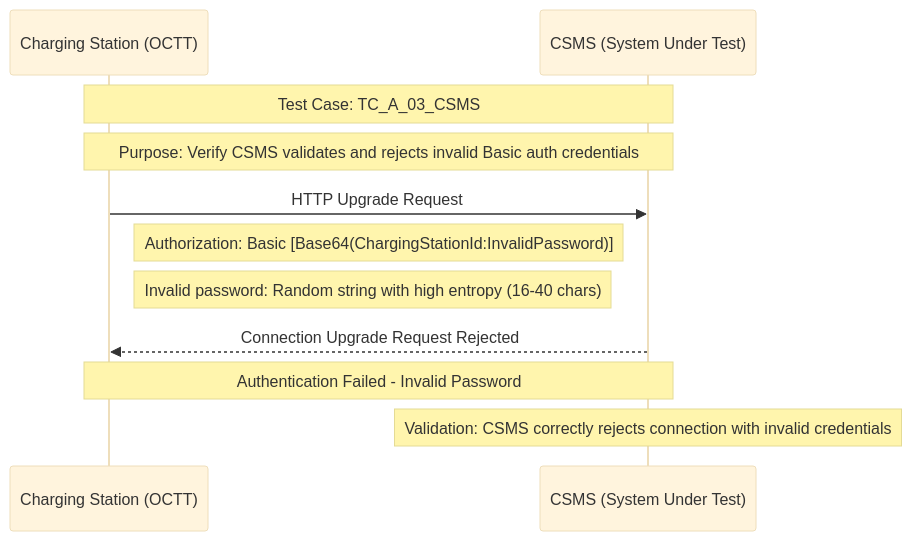
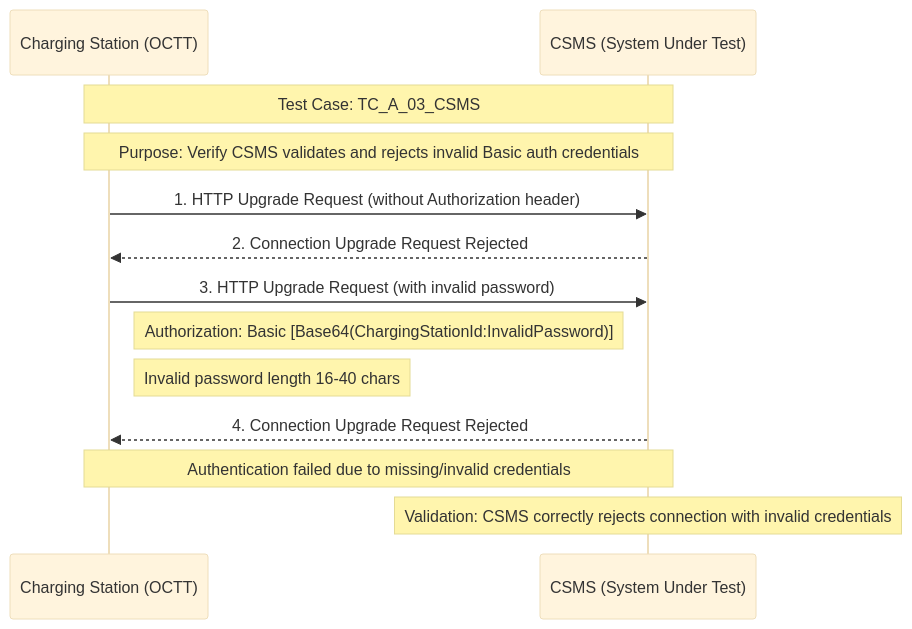
The diagram in A/test_tc_a_03_csms.mermaid (AviranAbady/tzi-OCTT), drawn with Mermaid (base theme) before and after one commit. The commit also changed 547 other files, not shown here.

```diff
--- a/A/test_tc_a_03_csms.mermaid
+++ b/A/test_tc_a_03_csms.mermaid
@@ -1,15 +1,18 @@
 sequenceDiagram
     participant CS as Charging Station (OCTT)
     participant CSMS as CSMS (System Under Test)
     
     Note over CS, CSMS: Test Case: TC_A_03_CSMS
     Note over CS, CSMS: Purpose: Verify CSMS validates and rejects invalid Basic auth credentials
     
-    CS->>CSMS: HTTP Upgrade Request
+    CS->>CSMS: 1. HTTP Upgrade Request (without Authorization header)
+    CSMS-->>CS: 2. Connection Upgrade Request Rejected
+
+    CS->>CSMS: 3. HTTP Upgrade Request (with invalid password)
     Note right of CS: Authorization: Basic [Base64(ChargingStationId:InvalidPassword)]
-    Note right of CS: Invalid password: Random string with high entropy (16-40 chars)
+    Note right of CS: Invalid password length 16-40 chars
     
-    CSMS-->>CS: Connection Upgrade Request Rejected
-    Note over CS, CSMS: Authentication Failed - Invalid Password
+    CSMS-->>CS: 4. Connection Upgrade Request Rejected
+    Note over CS, CSMS: Authentication failed due to missing/invalid credentials
     
     Note over CSMS: Validation: CSMS correctly rejects connection with invalid credentials
```
